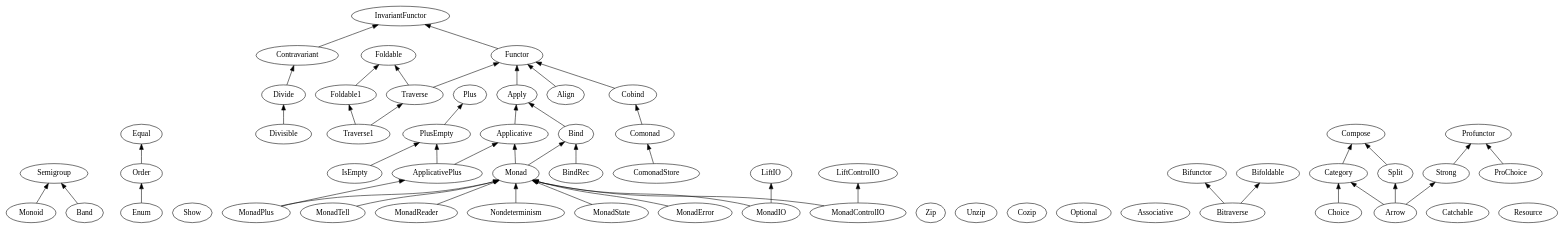
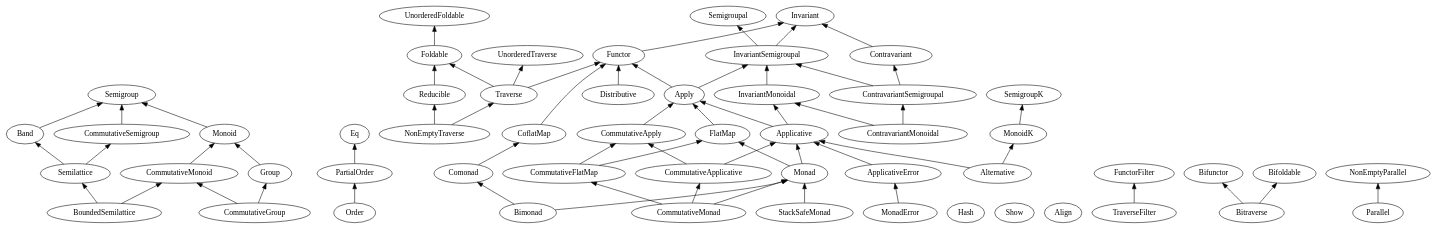
The diagram in cats.dot (mebubo/fpmortals-cats), drawn with Graphviz before and after one commit. The commit also changed 6 other files, not shown here.

```diff
--- a/cats.dot
+++ b/cats.dot
@@ -1,82 +1,131 @@
 // dot cats.dot -Tpng > cats.png ; open cats.png
 digraph G {
   rankdir = BT;
 
   Semigroup
+  Band
+  Band -> Semigroup
+  Monoid
   Monoid -> Semigroup
-  Band -> Semigroup
+  Group
+  Group -> Monoid
 
-  Equal
-  Show
-  Order -> Equal
-  Enum -> Order
+  Eq
+  PartialOrder
+  PartialOrder -> Eq
+  Order -> PartialOrder
 
-  InvariantFunctor
-  Functor -> InvariantFunctor
+  Invariant
+  InvariantSemigroupal
+  InvariantSemigroupal -> Invariant
+  Semigroupal
+  InvariantSemigroupal -> Semigroupal
+  InvariantMonoidal
+  InvariantMonoidal -> InvariantSemigroupal
+
+  Functor
+  Functor -> Invariant
+  Apply
+  Apply -> InvariantSemigroupal
   Apply -> Functor
+  Applicative
   Applicative -> Apply
-  Align -> Functor
-  Zip
-  Unzip
-  Bind -> Apply
+  Applicative -> InvariantMonoidal
+  FlatMap
+  FlatMap -> Apply
+  Monad
   Monad -> Applicative
-  Monad -> Bind
+  Monad -> FlatMap
+
+  UnorderedFoldable
   Foldable
-  Foldable1 -> Foldable
+  Foldable -> UnorderedFoldable
+  Reducible
+  Reducible -> Foldable
+  UnorderedTraverse
+  Traverse
   Traverse -> Functor
   Traverse -> Foldable
-  Traverse1 -> Traverse
-  Traverse1 -> Foldable1
+  Traverse -> UnorderedTraverse
+  NonEmptyTraverse
+  NonEmptyTraverse -> Traverse
+  NonEmptyTraverse -> Reducible
 
-  Contravariant -> InvariantFunctor
-  Divide -> Contravariant
-  Divisible -> Divide
-  Cobind -> Functor
-  Comonad -> Cobind
-  Cozip
+  Contravariant
+  Contravariant -> Invariant
+  ContravariantSemigroupal
+  ContravariantSemigroupal -> InvariantSemigroupal
+  ContravariantSemigroupal -> Contravariant
+  ContravariantMonoidal
+  ContravariantMonoidal -> InvariantMonoidal
+  ContravariantMonoidal -> ContravariantSemigroupal
 
-  Plus
-  PlusEmpty -> Plus
-  IsEmpty -> PlusEmpty
-  Optional
+  CoflatMap
+  CoflatMap -> Functor
+  Comonad
+  Comonad -> CoflatMap
 
-  ApplicativePlus -> Applicative
-  ApplicativePlus -> PlusEmpty
-  MonadPlus -> Monad
-  MonadPlus -> ApplicativePlus
+  CommutativeSemigroup
+  CommutativeSemigroup -> Semigroup
+  Semilattice
+  Semilattice -> Band
+  Semilattice -> CommutativeSemigroup
+  CommutativeMonoid
+  CommutativeMonoid -> Monoid
+  BoundedSemilattice
+  BoundedSemilattice -> Semilattice
+  BoundedSemilattice -> CommutativeMonoid
+  CommutativeGroup
+  CommutativeGroup -> Group
+  CommutativeGroup -> CommutativeMonoid
+  CommutativeApply
+  CommutativeApply -> Apply
+  CommutativeApplicative
+  CommutativeApplicative -> Applicative
+  CommutativeApplicative -> CommutativeApply
+  CommutativeFlatMap
+  CommutativeFlatMap -> FlatMap
+  CommutativeFlatMap -> CommutativeApply
+  CommutativeMonad
+  CommutativeMonad -> Monad
+  CommutativeMonad -> CommutativeFlatMap
+  CommutativeMonad -> CommutativeApplicative
 
-  Associative
+  SemigroupK
+  MonoidK
+  MonoidK -> SemigroupK
+  Alternative
+  Alternative -> Applicative
+  Alternative -> MonoidK
+
+  ApplicativeError
+  ApplicativeError -> Applicative
+  MonadError
+  MonadError -> ApplicativeError
+
+  Hash
+  Show
+  Align
+
+  FunctorFilter
+  TraverseFilter
+  TraverseFilter -> FunctorFilter
+
   Bifunctor
   Bifoldable
   Bitraverse -> Bifunctor
   Bitraverse -> Bifoldable
-  Compose
-  Catchable
-  Nondeterminism -> Monad
-  Category -> Compose
-  Choice -> Category
-  Split -> Compose
-  Profunctor
-  Strong -> Profunctor
-  ProChoice -> Profunctor
-  Arrow -> Split
-  Arrow -> Strong
-  Arrow -> Category
+  Bimonad
+  Bimonad -> Monad
+  Bimonad -> Comonad
 
-  LiftIO
-  MonadIO -> LiftIO
-  MonadIO -> Monad
-  LiftControlIO
-  MonadControlIO -> LiftControlIO
-  MonadControlIO -> Monad
-  Resource
+  Distributive
+  Distributive -> Functor
 
-  MonadState -> Monad
-  MonadError -> Monad
-  MonadTell -> Monad
-  MonadReader -> Monad
-  ComonadStore -> Comonad
-
-  BindRec -> Bind
+  StackSafeMonad
+  StackSafeMonad -> Monad
+  NonEmptyParallel
+  Parallel
+  Parallel -> NonEmptyParallel
 
 }
```
